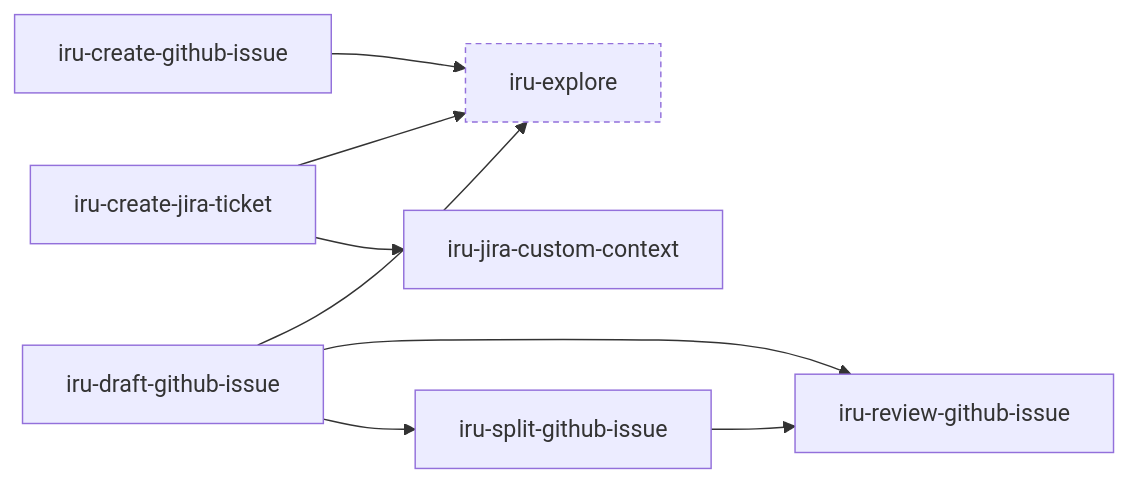
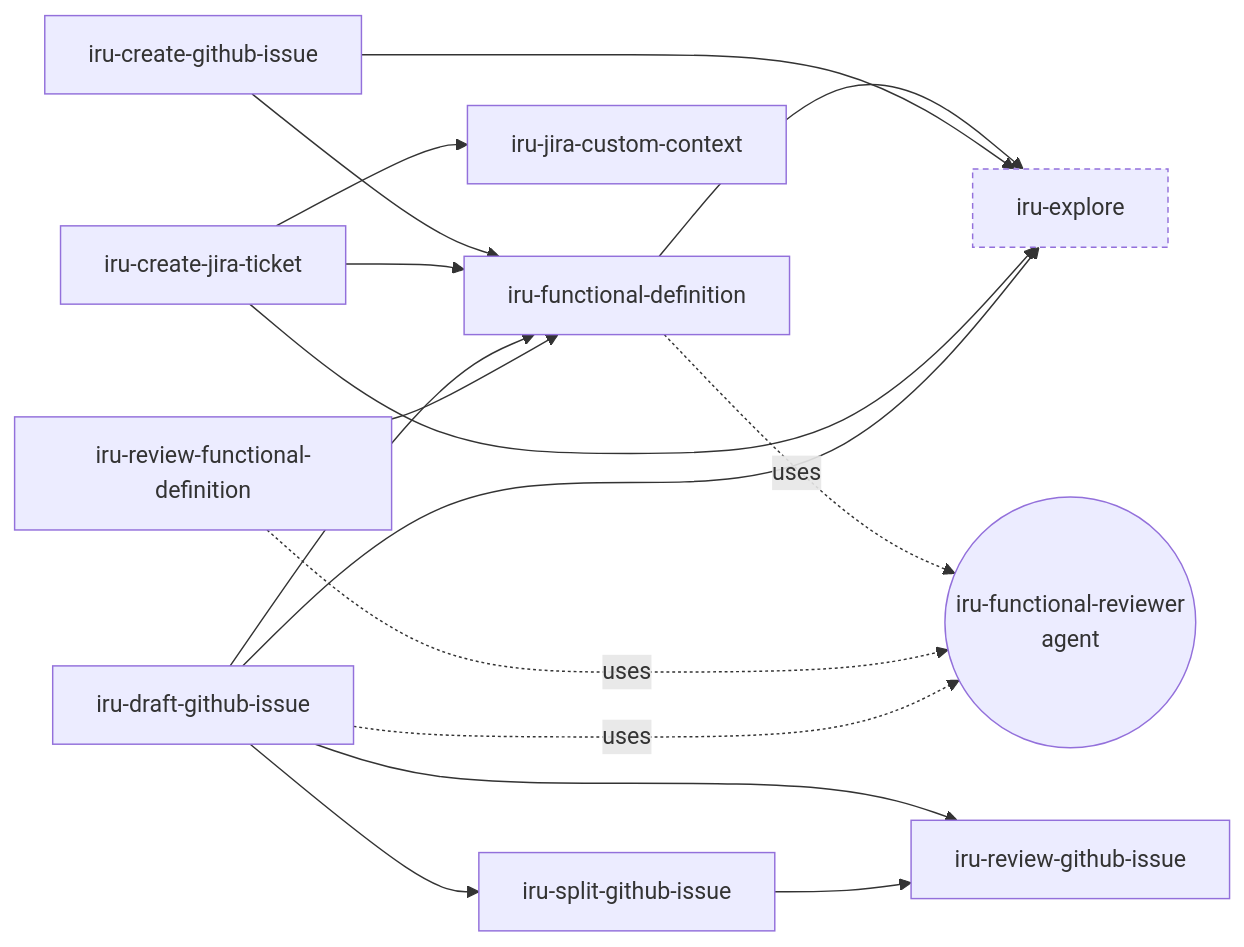
Diagram 13 of 42 in docs/modules/ROOT/pages/index.adoc (albertoirurueta/ai-catalog), drawn with Mermaid before and after one commit. The commit also changed other lines of this file and 75 other files, not shown here.

First line of the commit message:
Skills for functional definition and github issue / jira ticket creation (#41) (#42)

```diff
--- a/docs/modules/ROOT/pages/index.adoc
+++ b/docs/modules/ROOT/pages/index.adoc
@@ -2810,19 +2837,30 @@
 [mermaid]
 ....
 flowchart LR
     CREATE_GITHUB_ISSUE["iru-create-github-issue"]
     DRAFT_GITHUB_ISSUE["iru-draft-github-issue"]
     REVIEW_GITHUB_ISSUE["iru-review-github-issue"]
     SPLIT_GITHUB_ISSUE["iru-split-github-issue"]
     CREATE_JIRA_TICKET["iru-create-jira-ticket"]
     JIRA_CUSTOM_CONTEXT["iru-jira-custom-context"]
+    FUNCTIONAL_DEFINITION["iru-functional-definition"]
+    REVIEW_FUNCTIONAL_DEFINITION["iru-review-functional-definition"]
+    AGT_FUNC_REVIEWER(("iru-functional-reviewer\nagent"))
     EXPLORE["iru-explore"]:::other
+    CREATE_GITHUB_ISSUE --> FUNCTIONAL_DEFINITION
+    CREATE_JIRA_TICKET --> FUNCTIONAL_DEFINITION
+    DRAFT_GITHUB_ISSUE --> FUNCTIONAL_DEFINITION
+    FUNCTIONAL_DEFINITION --> EXPLORE
+    FUNCTIONAL_DEFINITION -.->|uses| AGT_FUNC_REVIEWER
+    REVIEW_FUNCTIONAL_DEFINITION --> FUNCTIONAL_DEFINITION
+    REVIEW_FUNCTIONAL_DEFINITION -.->|uses| AGT_FUNC_REVIEWER
+    DRAFT_GITHUB_ISSUE -.->|uses| AGT_FUNC_REVIEWER
     CREATE_GITHUB_ISSUE --> EXPLORE
     CREATE_JIRA_TICKET --> EXPLORE
     DRAFT_GITHUB_ISSUE --> EXPLORE
     DRAFT_GITHUB_ISSUE --> REVIEW_GITHUB_ISSUE
     DRAFT_GITHUB_ISSUE --> SPLIT_GITHUB_ISSUE
     SPLIT_GITHUB_ISSUE --> REVIEW_GITHUB_ISSUE
     CREATE_JIRA_TICKET --> JIRA_CUSTOM_CONTEXT
     classDef other stroke-dasharray: 4 3
 ....
```
